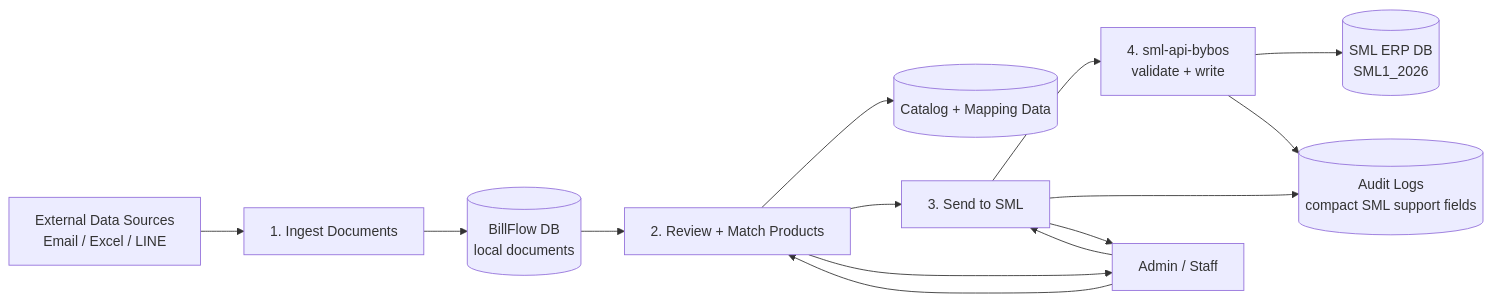
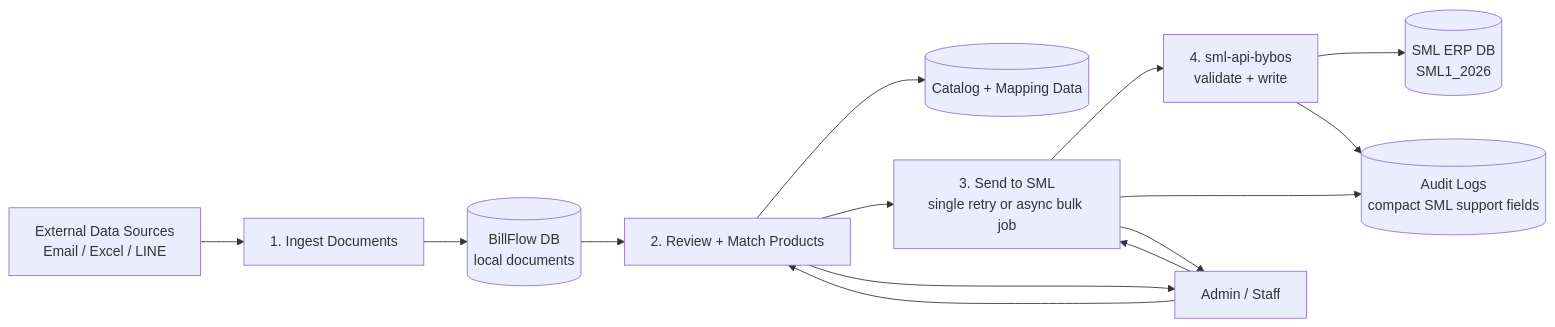
Before and after one commit to smlsoft/billflow: the third of 10 diagrams in docs/billflow-main-sml-api-architecture.md, drawn with Mermaid. The commit also changed other lines of this file and 10 other files, not shown here.

Commit message:
docs: update SML bulk send handoff

````diff
--- a/docs/billflow-main-sml-api-architecture.md
+++ b/docs/billflow-main-sml-api-architecture.md
@@ -150,16 +155,16 @@
 ```mermaid
 flowchart LR
   CustomerChannels["External Data Sources\nEmail / Excel / LINE"] --> P1["1. Ingest Documents"]
   P1 --> D1[("BillFlow DB\nlocal documents")]
   D1 --> P2["2. Review + Match Products"]
   P2 --> D2[("Catalog + Mapping Data")]
-  P2 --> P3["3. Send to SML"]
+  P2 --> P3["3. Send to SML\nsingle retry or async bulk job"]
   P3 --> P4["4. sml-api-bybos\nvalidate + write"]
   P4 --> D3[("SML ERP DB\nSML1_2026")]
   P3 --> D4[("Audit Logs\ncompact SML support fields")]
   P4 --> D4
   Admin["Admin / Staff"] --> P2
   Admin --> P3
   P2 --> Admin
   P3 --> Admin
 ```
````
